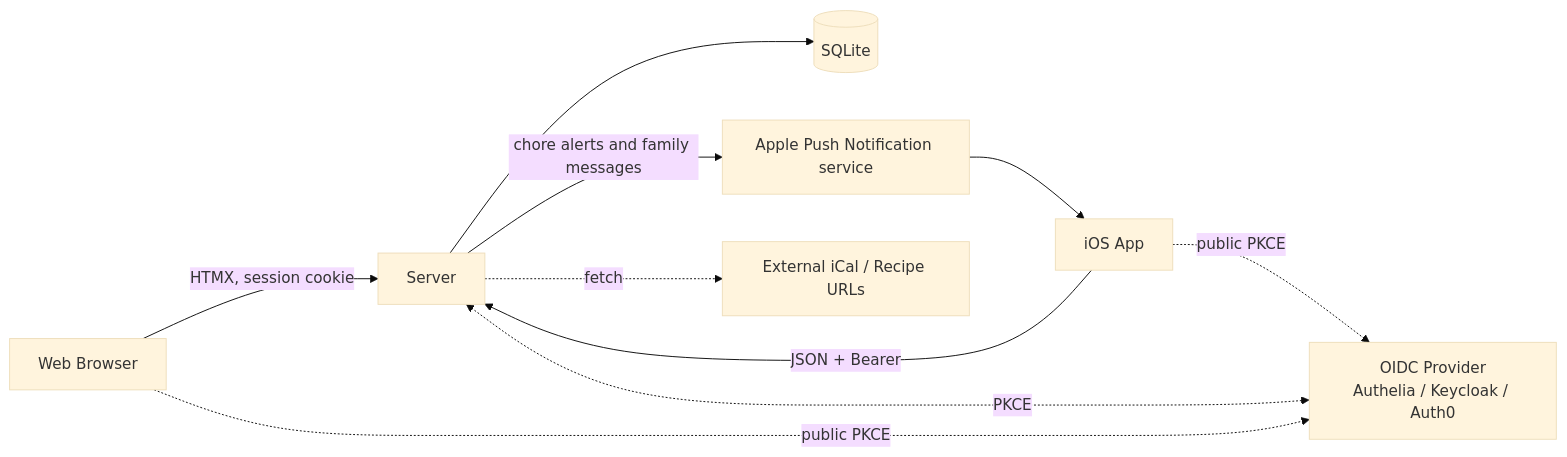
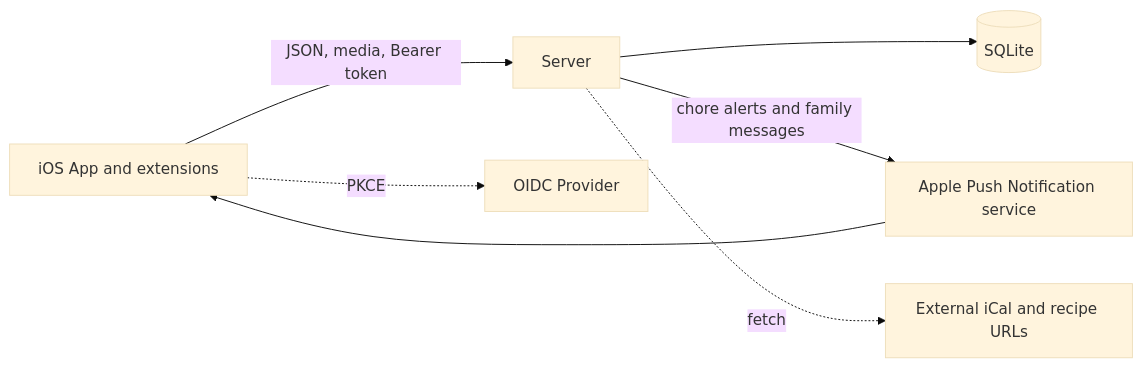
The first of 3 diagrams in docs/ARCHITECTURE.md (BenSuskins/family-hub), drawn with Mermaid (base theme) before and after one commit. The commit also changed other lines of this file and 78 other files, not shown here.

Commit message:
refactor: remove templ web app

````diff
--- a/docs/ARCHITECTURE.md
+++ b/docs/ARCHITECTURE.md
@@ -14,12 +14,9 @@
 ```mermaid
 flowchart LR
-    Web[Web Browser] -->|HTMX, session cookie| Server
-    iOS[iOS App] -->|JSON + Bearer| Server
-    OIDC[OIDC Provider<br/>Authelia / Keycloak / Auth0] <-.->|PKCE| Server
-    Web -.->|public PKCE| OIDC
-    iOS -.->|public PKCE| OIDC
+    iOS[iOS App and extensions] -->|JSON, media, Bearer token| Server
+    iOS -.->|PKCE| OIDC[OIDC Provider]
     Server --> DB[(SQLite)]
     Server -->|chore alerts and family messages| APNs[Apple Push Notification service]
     APNs --> iOS
-    Server -.->|fetch| External[External iCal / Recipe URLs]
+    Server -.->|fetch| External[External iCal and recipe URLs]
 ```
````
